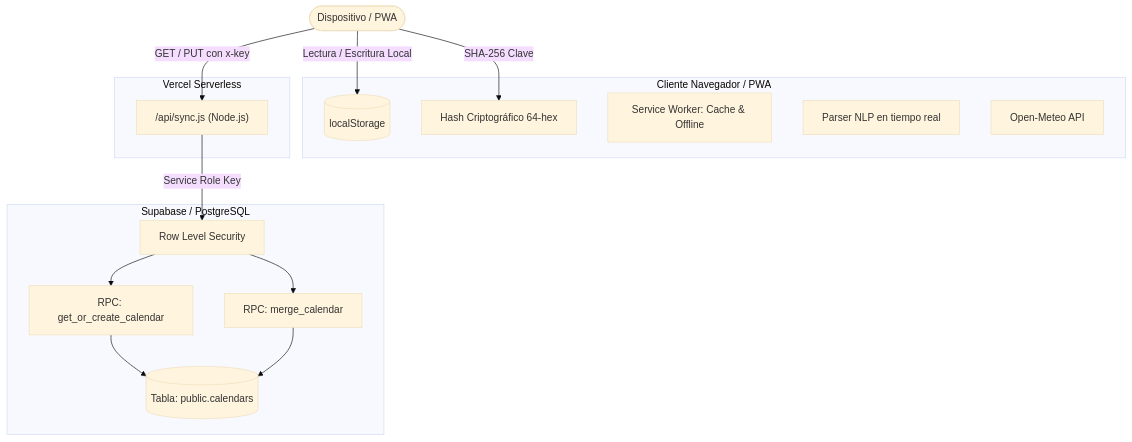
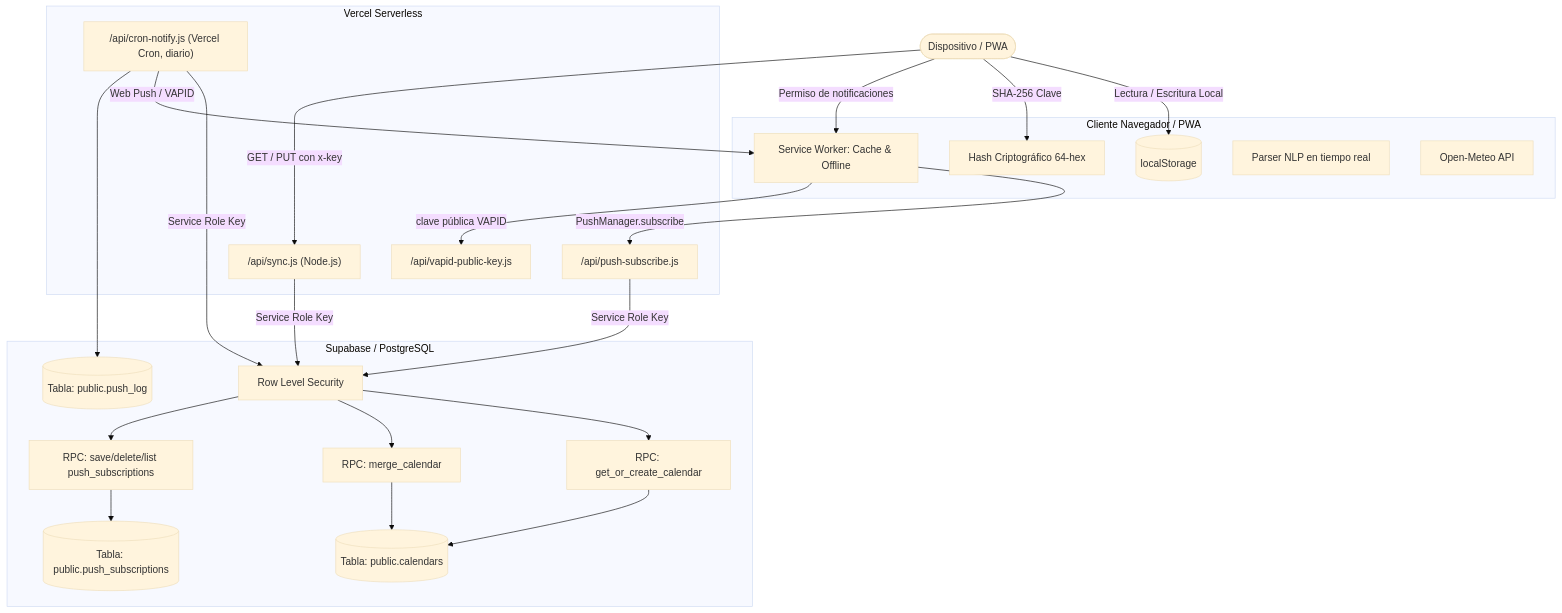
One commit to ELMURGA/Agenda-Online changed the diagram in README.md. Above: the diagram before and after it, drawn with Mermaid (base theme). The commit also changed other lines of this file and 11 other files, not shown here.

First line of the commit message:
feat: notificaciones push nativas (Web Push/VAPID) con recordatorios diarios

````diff
--- a/README.md
+++ b/README.md
@@ -74,31 +80,46 @@
 ```mermaid
 graph TD
     User([Dispositivo / PWA]) -->|Lectura / Escritura Local| LS[(localStorage)]
     User -->|SHA-256 Clave| Hash[Hash Criptográfico 64-hex]
     
     subgraph Frontend [Cliente Navegador / PWA]
         LS
         Hash
         SW[Service Worker: Cache & Offline]
         NLP[Parser NLP en tiempo real]
         Weather[Open-Meteo API]
     end
 
     subgraph Cloud [Vercel Serverless]
         API["/api/sync.js (Node.js)"]
+        PushAPI["/api/push-subscribe.js"]
+        VapidAPI["/api/vapid-public-key.js"]
+        Cron["/api/cron-notify.js (Vercel Cron, diario)"]
     end
 
     subgraph Database [Supabase / PostgreSQL]
         RLS[Row Level Security]
         RPC1[RPC: get_or_create_calendar]
         RPC2[RPC: merge_calendar]
+        RPC3[RPC: save/delete/list push_subscriptions]
         Table[(Tabla: public.calendars)]
+        PushTable[(Tabla: public.push_subscriptions)]
+        LogTable[(Tabla: public.push_log)]
     end
 
     User -->|GET / PUT con x-key| API
+    User -->|Permiso de notificaciones| SW
+    SW -->|PushManager.subscribe| PushAPI
+    SW -->|clave pública VAPID| VapidAPI
     API -->|Service Role Key| RLS
+    PushAPI -->|Service Role Key| RLS
+    Cron -->|Service Role Key| RLS
+    Cron -->|Web Push / VAPID| SW
     RLS --> RPC1
     RLS --> RPC2
+    RLS --> RPC3
     RPC1 --> Table
     RPC2 --> Table
+    RPC3 --> PushTable
+    Cron --> LogTable
 ```
````
